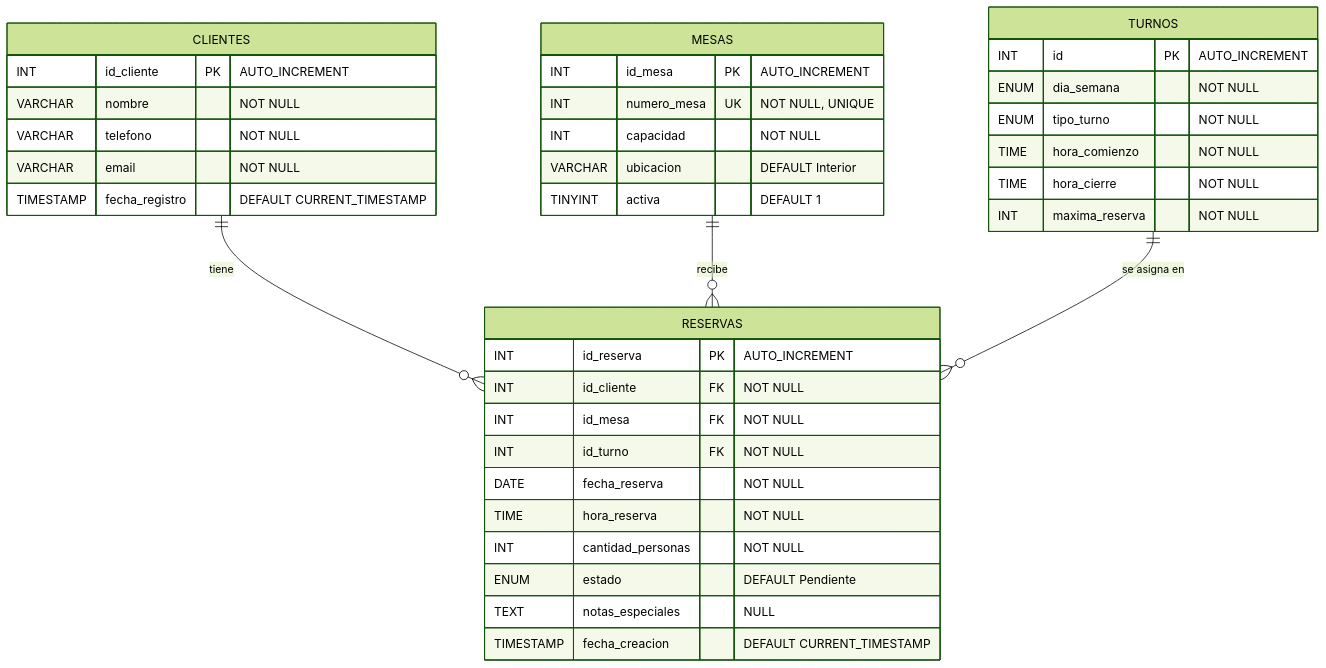
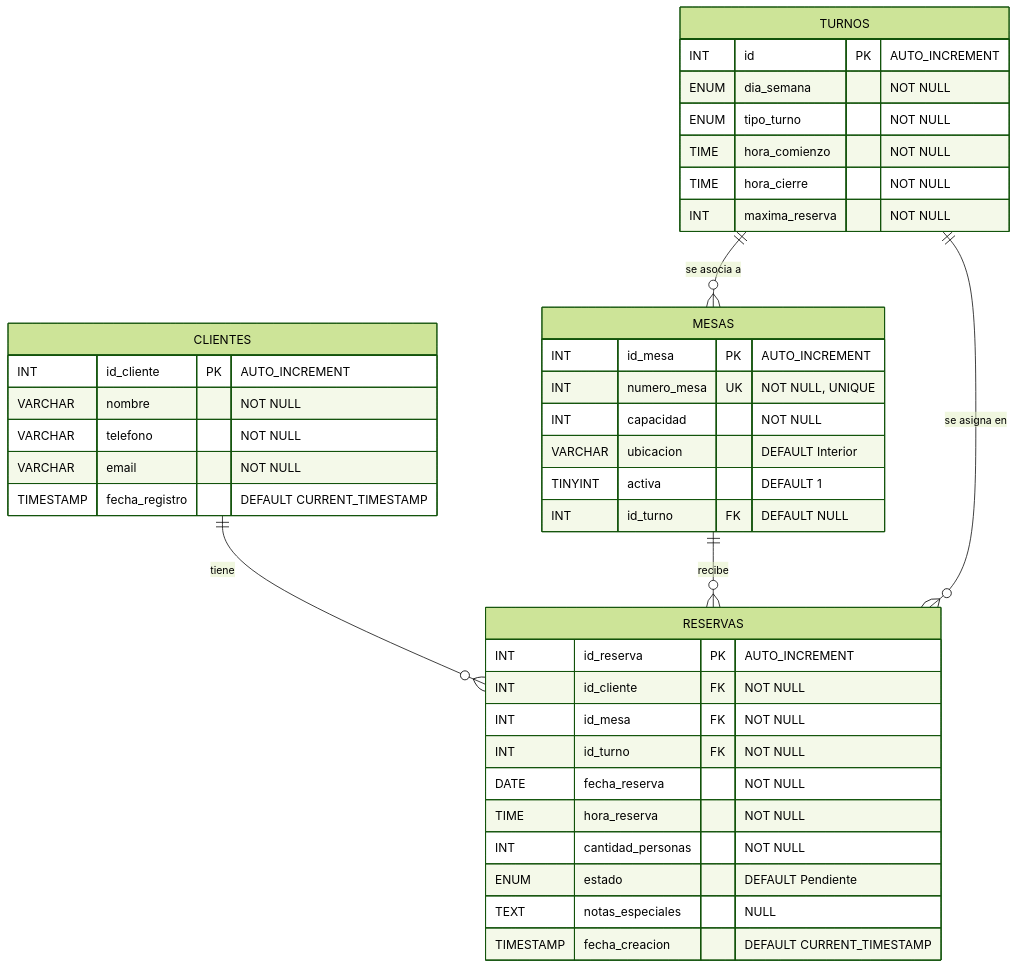
The diagram in docs/documentacion-bbdd-reservas.md (ABPMonlau/test_repository), drawn with Mermaid (forest theme) before and after one commit. The commit also changed other lines of this file and 1 other file, not shown here.

````diff
--- a/docs/documentacion-bbdd-reservas.md
+++ b/docs/documentacion-bbdd-reservas.md
@@ -220,44 +226,46 @@
 ```mermaid
 erDiagram
     CLIENTES {
         INT id_cliente PK "AUTO_INCREMENT"
         VARCHAR nombre "NOT NULL"
         VARCHAR telefono "NOT NULL"
         VARCHAR email "NOT NULL"
         TIMESTAMP fecha_registro "DEFAULT CURRENT_TIMESTAMP"
     }
 
     MESAS {
         INT id_mesa PK "AUTO_INCREMENT"
         INT numero_mesa UK "NOT NULL, UNIQUE"
         INT capacidad "NOT NULL"
         VARCHAR ubicacion "DEFAULT Interior"
         TINYINT activa "DEFAULT 1"
+        INT id_turno FK "DEFAULT NULL"
     }
 
     TURNOS {
         INT id PK "AUTO_INCREMENT"
         ENUM dia_semana "NOT NULL"
         ENUM tipo_turno "NOT NULL"
         TIME hora_comienzo "NOT NULL"
         TIME hora_cierre "NOT NULL"
         INT maxima_reserva "NOT NULL"
     }
 
     RESERVAS {
         INT id_reserva PK "AUTO_INCREMENT"
         INT id_cliente FK "NOT NULL"
         INT id_mesa FK "NOT NULL"
         INT id_turno FK "NOT NULL"
         DATE fecha_reserva "NOT NULL"
         TIME hora_reserva "NOT NULL"
         INT cantidad_personas "NOT NULL"
         ENUM estado "DEFAULT Pendiente"
         TEXT notas_especiales "NULL"
         TIMESTAMP fecha_creacion "DEFAULT CURRENT_TIMESTAMP"
     }
 
     CLIENTES ||--o{ RESERVAS : "tiene"
     MESAS ||--o{ RESERVAS : "recibe"
     TURNOS ||--o{ RESERVAS : "se asigna en"
+    TURNOS ||--o{ MESAS : "se asocia a"
 ```
````
